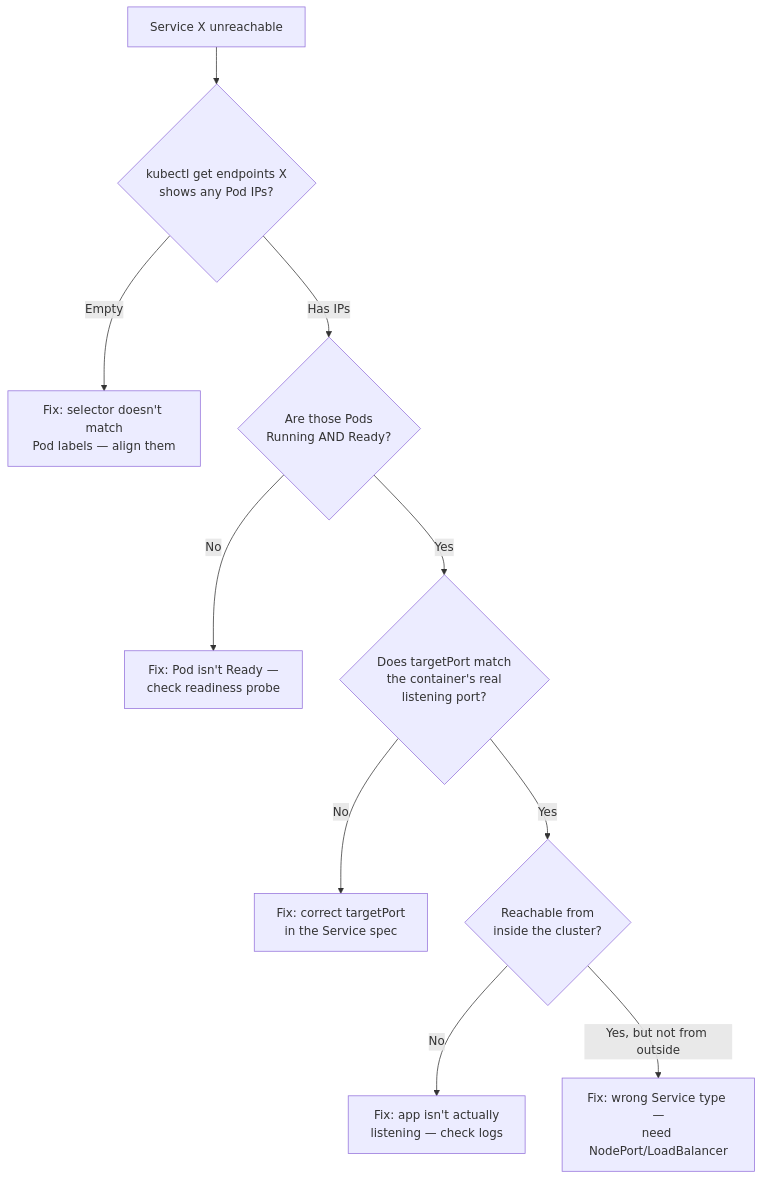
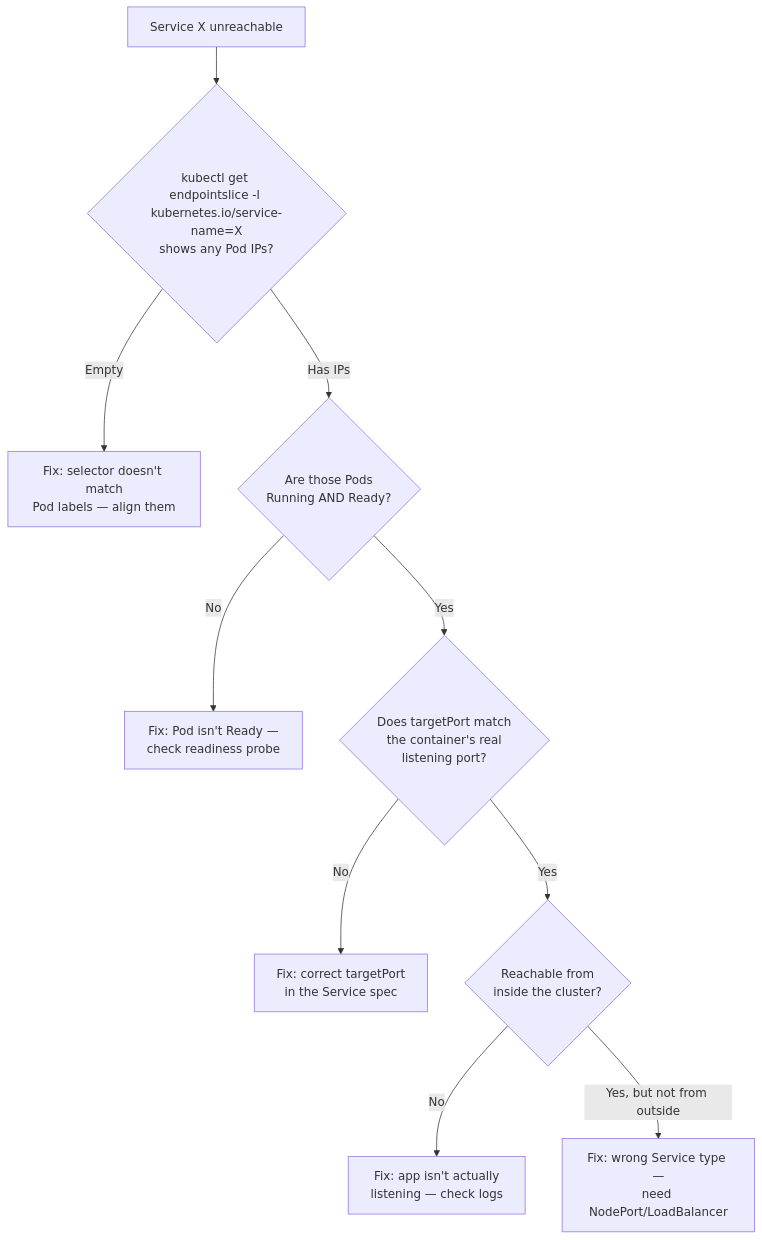
The second of 5 diagrams in 04_chapter_services_networking.md (karthikreddy432/CKAD), drawn with Mermaid before and after one commit. The commit also changed other lines of this file and 15 other files, not shown here.

````diff
--- a/04_chapter_services_networking.md
+++ b/04_chapter_services_networking.md
@@ -122,22 +124,22 @@
 ```mermaid
 flowchart TD
-    START["Service X unreachable"] --> Q1{"kubectl get endpoints X
+    START["Service X unreachable"] --> Q1{"kubectl get endpointslice -l kubernetes.io/service-name=X
 shows any Pod IPs?"}
     Q1 -->|Empty| FIX1["Fix: selector doesn't match
 Pod labels — align them"]
     Q1 -->|Has IPs| Q2{"Are those Pods
 Running AND Ready?"}
     Q2 -->|No| FIX2["Fix: Pod isn't Ready —
 check readiness probe"]
     Q2 -->|Yes| Q3{"Does targetPort match
 the container's real
 listening port?"}
     Q3 -->|No| FIX3["Fix: correct targetPort
 in the Service spec"]
     Q3 -->|Yes| Q4{"Reachable from
 inside the cluster?"}
     Q4 -->|No| FIX4["Fix: app isn't actually
 listening — check logs"]
     Q4 -->|"Yes, but not from outside"| FIX5["Fix: wrong Service type —
 need NodePort/LoadBalancer"]
 ```
````
